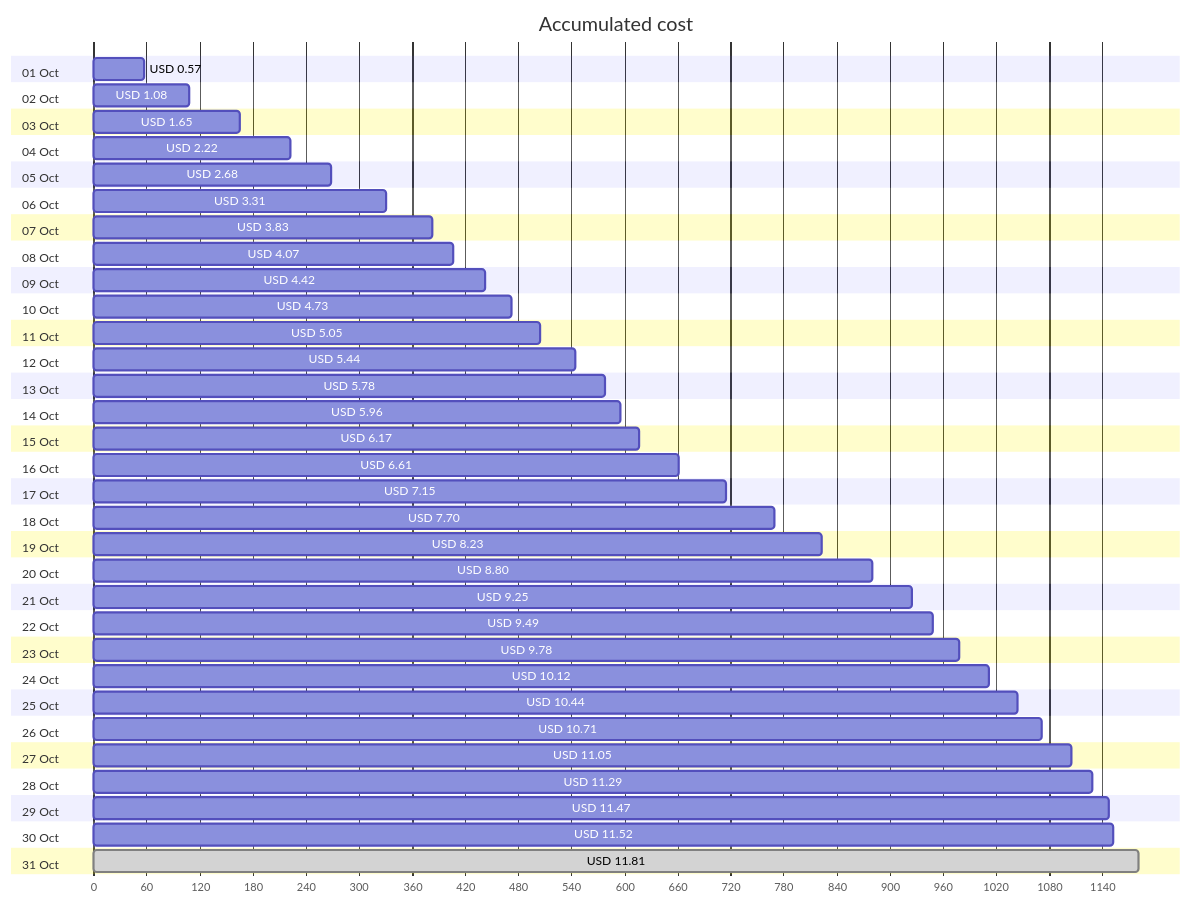
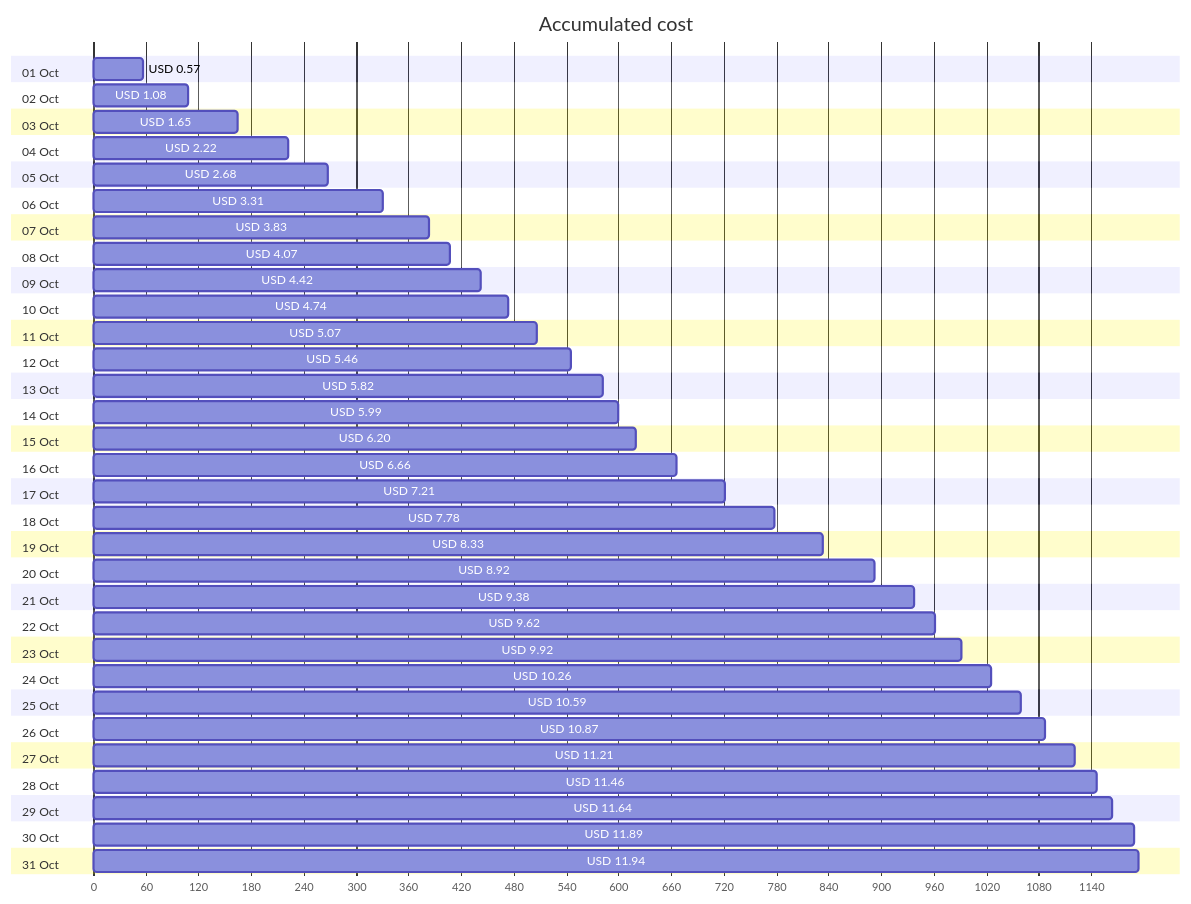
One commit to jpfulton/azure-personal-reports changed the first of 4 diagrams in cost-reports/personal-network/vpn-server.md. Above: the diagram before and after it, drawn with Mermaid. The commit also changed other lines of this file and 8 other files, not shown here.

````diff
--- a/cost-reports/personal-network/vpn-server.md
+++ b/cost-reports/personal-network/vpn-server.md
@@ -20,68 +20,68 @@
 ```mermaid
 gantt
    title Accumulated cost
    dateFormat  X
    axisFormat %s
    section 01 Oct
    USD 0.57 :0, 57
    section 02 Oct
    USD 1.08 :0, 108
    section 03 Oct
    USD 1.65 :0, 165
    section 04 Oct
    USD 2.22 :0, 222
    section 05 Oct
    USD 2.68 :0, 268
    section 06 Oct
    USD 3.31 :0, 331
    section 07 Oct
    USD 3.83 :0, 383
    section 08 Oct
    USD 4.07 :0, 407
    section 09 Oct
    USD 4.42 :0, 442
    section 10 Oct
-   USD 4.73 :0, 473
+   USD 4.74 :0, 474
    section 11 Oct
-   USD 5.05 :0, 505
+   USD 5.07 :0, 507
    section 12 Oct
-   USD 5.44 :0, 544
+   USD 5.46 :0, 546
    section 13 Oct
-   USD 5.78 :0, 578
+   USD 5.82 :0, 582
    section 14 Oct
-   USD 5.96 :0, 596
+   USD 5.99 :0, 599
    section 15 Oct
-   USD 6.17 :0, 617
+   USD 6.20 :0, 620
    section 16 Oct
-   USD 6.61 :0, 661
+   USD 6.66 :0, 666
    section 17 Oct
-   USD 7.15 :0, 715
+   USD 7.21 :0, 721
    section 18 Oct
-   USD 7.70 :0, 770
+   USD 7.78 :0, 778
    section 19 Oct
-   USD 8.23 :0, 823
+   USD 8.33 :0, 833
    section 20 Oct
-   USD 8.80 :0, 880
+   USD 8.92 :0, 892
    section 21 Oct
-   USD 9.25 :0, 925
+   USD 9.38 :0, 938
    section 22 Oct
-   USD 9.49 :0, 949
+   USD 9.62 :0, 962
    section 23 Oct
-   USD 9.78 :0, 978
+   USD 9.92 :0, 992
    section 24 Oct
-   USD 10.12 :0, 1012
+   USD 10.26 :0, 1026
    section 25 Oct
-   USD 10.44 :0, 1044
+   USD 10.59 :0, 1059
    section 26 Oct
-   USD 10.71 :0, 1071
+   USD 10.87 :0, 1087
    section 27 Oct
-   USD 11.05 :0, 1105
+   USD 11.21 :0, 1121
    section 28 Oct
-   USD 11.29 :0, 1129
+   USD 11.46 :0, 1146
    section 29 Oct
-   USD 11.47 :0, 1147
+   USD 11.64 :0, 1164
    section 30 Oct
-   USD 11.52 :0, 1152
+   USD 11.89 :0, 1189
    section 31 Oct
-   USD 11.81 : done, 0, 1181
+   USD 11.94 :0, 1194
 ```
````
